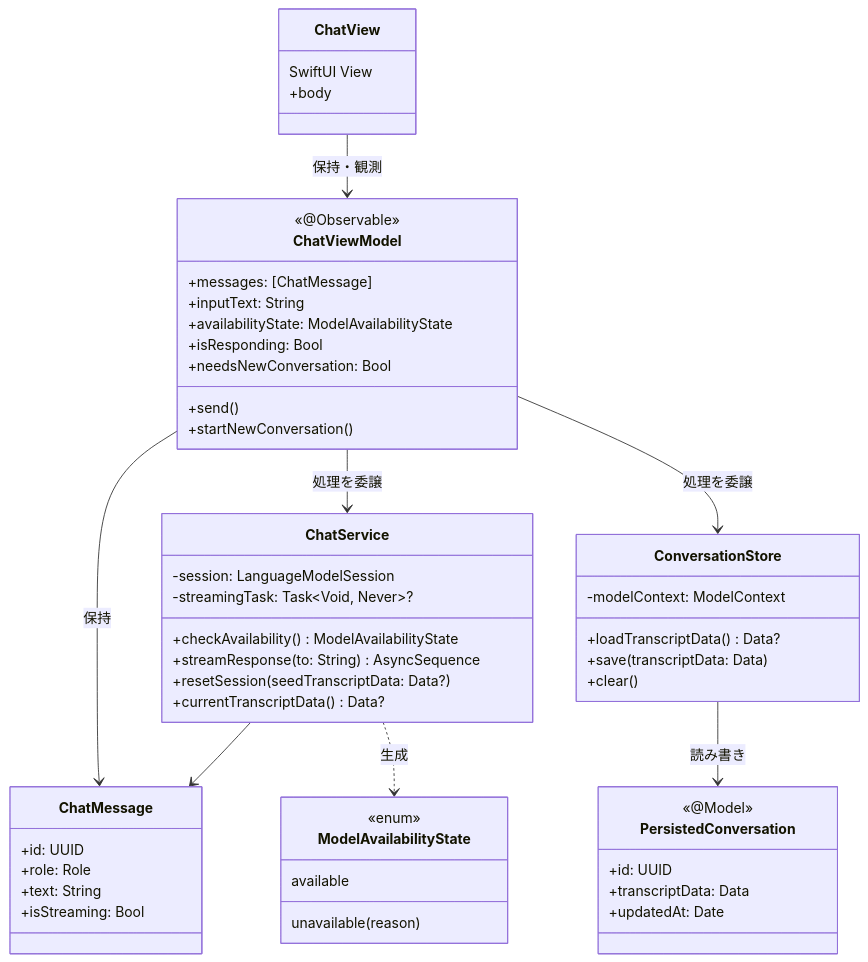
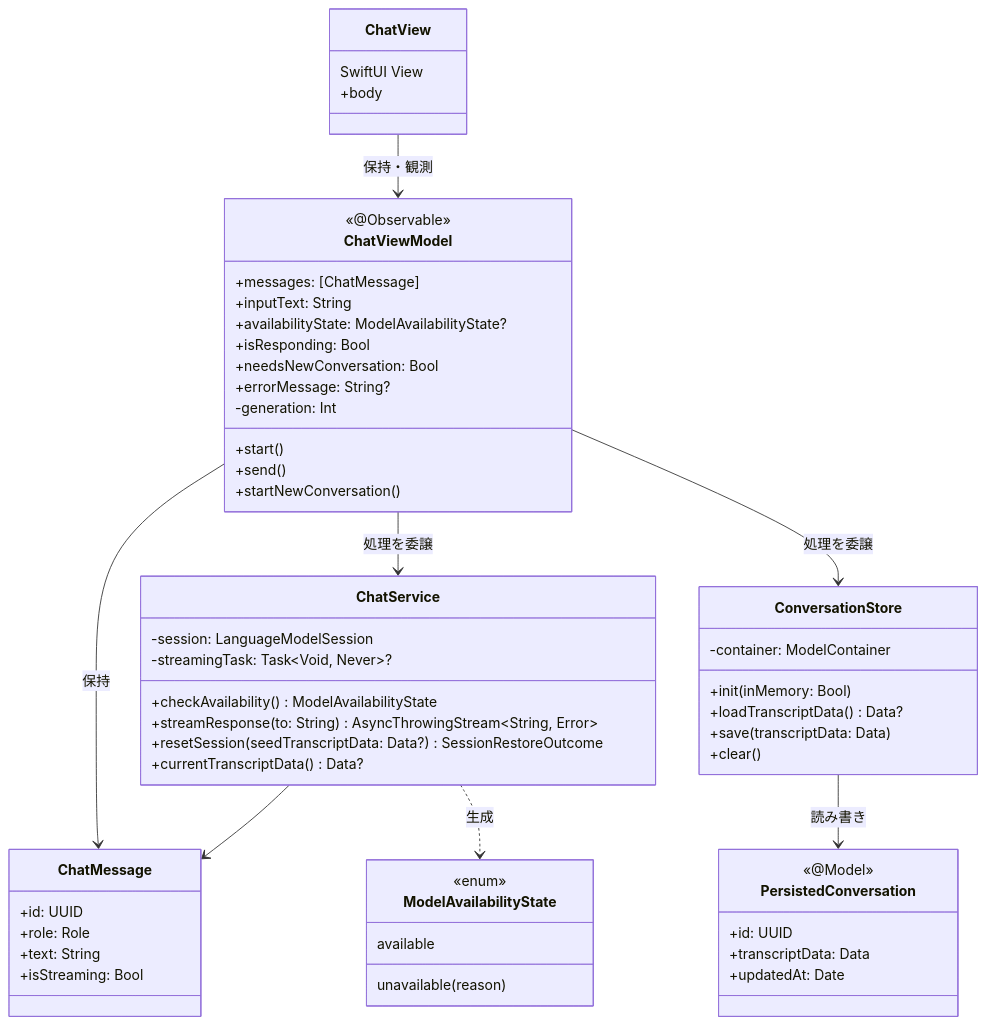
Before and after one commit to neko3cs/apple-fm-chat-app: the first of 5 diagrams in docs/design.md, drawn with Mermaid. The commit also changed other lines of this file and 13 other files, not shown here.

````diff
--- a/docs/design.md
+++ b/docs/design.md
@@ -5,56 +5,60 @@
 ```mermaid
 classDiagram
     class ChatView {
         SwiftUI View
         +body
     }
     class ChatViewModel {
         <<@Observable>>
         +messages: [ChatMessage]
         +inputText: String
-        +availabilityState: ModelAvailabilityState
+        +availabilityState: ModelAvailabilityState?
         +isResponding: Bool
         +needsNewConversation: Bool
+        +errorMessage: String?
+        -generation: Int
+        +start()
         +send()
         +startNewConversation()
     }
     class ChatService {
         -session: LanguageModelSession
         -streamingTask: Task~Void, Never~?
         +checkAvailability() ModelAvailabilityState
-        +streamResponse(to: String) AsyncSequence
-        +resetSession(seedTranscriptData: Data?)
+        +streamResponse(to: String) AsyncThrowingStream~String, Error~
+        +resetSession(seedTranscriptData: Data?) SessionRestoreOutcome
         +currentTranscriptData() Data?
     }
     class ConversationStore {
-        -modelContext: ModelContext
+        -container: ModelContainer
+        +init(inMemory: Bool)
         +loadTranscriptData() Data?
         +save(transcriptData: Data)
         +clear()
     }
     class PersistedConversation {
         <<@Model>>
         +id: UUID
         +transcriptData: Data
         +updatedAt: Date
     }
     class ChatMessage {
         +id: UUID
         +role: Role
         +text: String
         +isStreaming: Bool
     }
     class ModelAvailabilityState {
         <<enum>>
         available
         unavailable(reason)
     }
 
     ChatView --> ChatViewModel : 保持・観測
     ChatViewModel --> ChatService : 処理を委譲
     ChatViewModel --> ConversationStore : 処理を委譲
     ChatViewModel --> ChatMessage : 保持
     ChatService --> ChatMessage
     ChatService ..> ModelAvailabilityState : 生成
     ConversationStore --> PersistedConversation : 読み書き
 ```
````
